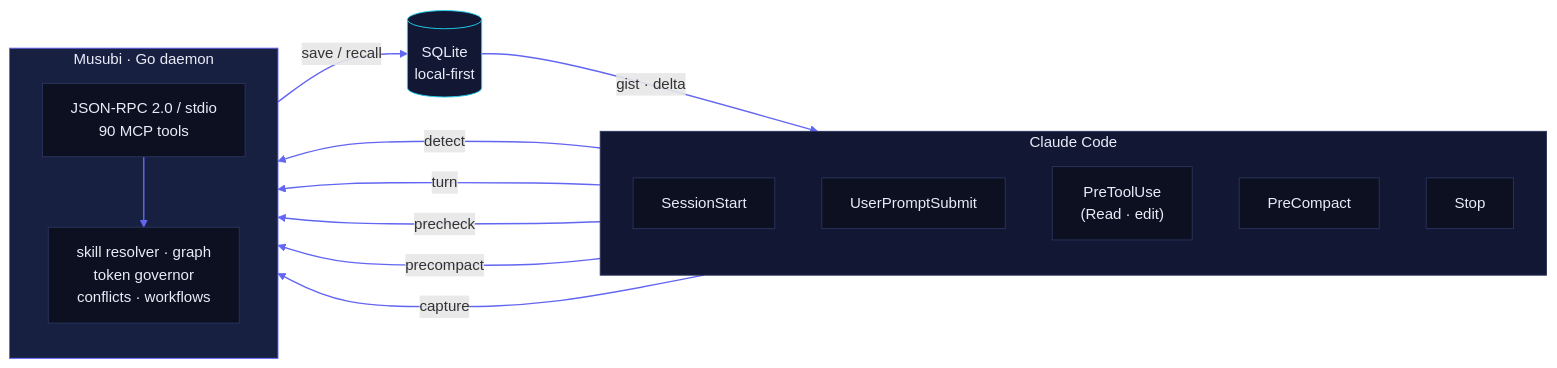
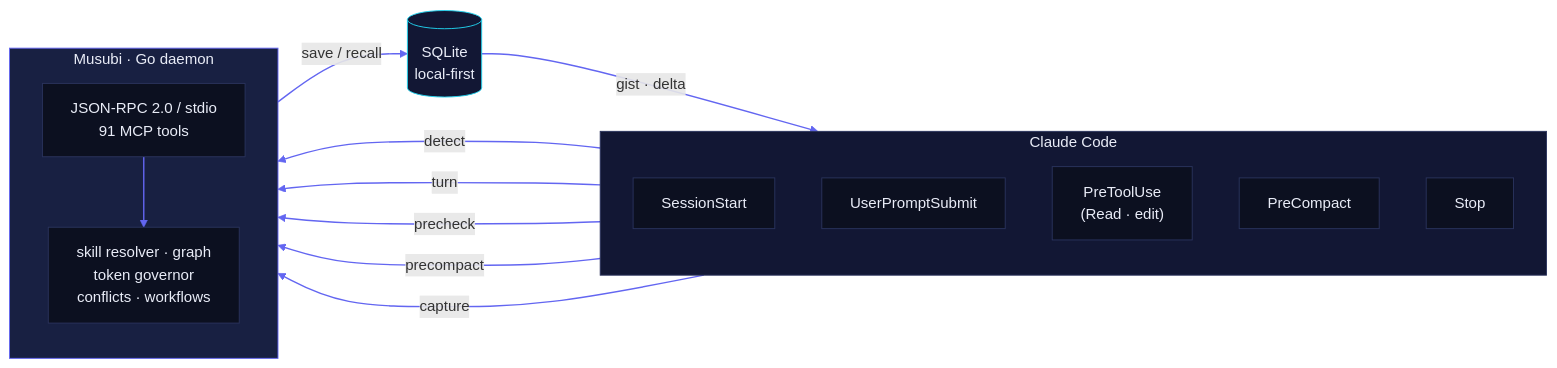
The first of 3 diagrams in README.en.md (codeabraham16/musubi), drawn with Mermaid before and after one commit. The commit also changed other lines of this file and 24 other files, not shown here.

````diff
--- a/README.en.md
+++ b/README.en.md
@@ -93,34 +93,34 @@
 ```mermaid
 flowchart LR
     subgraph CC["Claude Code"]
         direction TB
         H1["SessionStart"]
         H2["UserPromptSubmit"]
         H3["PreToolUse<br/>(Read · edit)"]
         H4["PreCompact"]
         H5["Stop"]
     end
     subgraph M["Musubi · Go daemon"]
         direction TB
-        RPC["JSON-RPC 2.0 / stdio<br/>90 MCP tools"]
+        RPC["JSON-RPC 2.0 / stdio<br/>91 MCP tools"]
         COG["skill resolver · graph<br/>token governor<br/>conflicts · workflows"]
     end
     DB[("SQLite<br/>local-first")]
 
     H1 -- "detect" --> RPC
     H2 -- "turn" --> RPC
     H3 -- "precheck" --> RPC
     H4 -- "precompact" --> RPC
     H5 -- "capture" --> RPC
     RPC --> COG
     COG -- "save / recall" --> DB
     DB -- "gist · delta" --> CC
 
     classDef cc fill:#121734,stroke:#2A335C,color:#E9ECF7;
     classDef mm fill:#182042,stroke:#6366F1,color:#E9ECF7;
     classDef db fill:#121734,stroke:#22D3EE,color:#E9ECF7;
     classDef nd fill:#0C1020,stroke:#2A335C,color:#E9ECF7;
     class CC cc; class M mm; class DB db;
     class H1,H2,H3,H4,H5,RPC,COG nd;
     linkStyle default stroke:#6366F1,stroke-width:1.5px;
 ```
````
